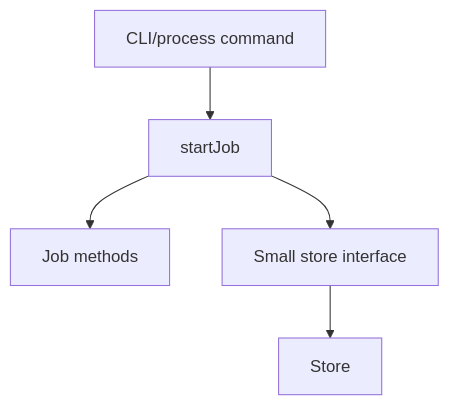
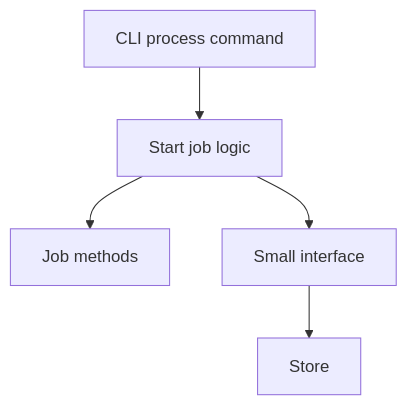
The fifth of 13 diagrams in docs/design.md (Kaushik-2005/GoFlow), drawn with Mermaid before and after one commit. The commit also changed other lines of this file and 13 other files, not shown here.

````diff
--- a/docs/design.md
+++ b/docs/design.md
@@ -250,7 +92,7 @@
 ```mermaid
 flowchart TD
-    CLI[CLI/process command] --> Service[startJob]
+    CLI[CLI process command] --> Service[Start job logic]
     Service --> JobMethods[Job methods]
-    Service --> StoreInterface[Small store interface]
+    Service --> StoreInterface[Small interface]
     StoreInterface --> StoreImpl[Store]
 ```
````
